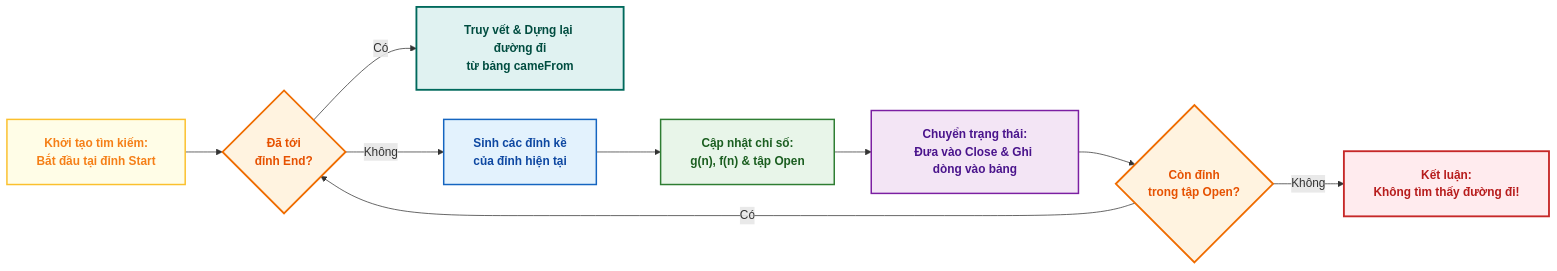
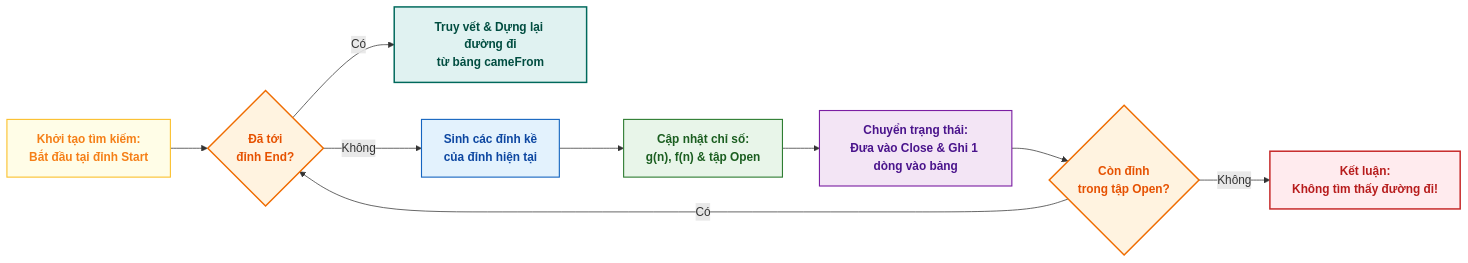
One commit to huynhthanhphong231004IT/Artificial_Intelligence_CT332 changed the third of 3 diagrams in README.md. Above: the diagram before and after it, drawn with Mermaid.

````diff
--- a/README.md
+++ b/README.md
@@ -192,48 +192,38 @@
 ```mermaid
-%%{init: {
-  "flowchart": {
-    "nodeSpacing": 40,
-    "rankSpacing": 50,
-    "padding": 20
-  },
-  "themeSettings": {
-    "fontFamily": "arial"
-  }
-}}%%
 flowchart LR
-    %% Định nghĩa phong cách màu sắc chuẩn Academic (Paper-Ready Multi-Color & Chữ lớn)
-    classDef startNode fill:#FFFDE7,stroke:#FBC02D,stroke-width:2px,color:#F57F17,font-weight:bold,font-size:16px;
-    classDef conditionNode fill:#FFF3E0,stroke:#EF6C00,stroke-width:2.5px,color:#E65100,font-weight:bold,font-size:16px;
-    classDef processNode fill:#E3F2FD,stroke:#1565C0,stroke-width:2px,color:#0D47A1,font-weight:bold,font-size:16px;
-    classDef updateNode fill:#E8F5E9,stroke:#2E7D32,stroke-width:2px,color:#1B5E20,font-weight:bold,font-size:16px;
-    classDef logNode fill:#F3E5F5,stroke:#7B1FA2,stroke-width:2px,color:#4A148C,font-weight:bold,font-size:16px;
-    classDef successNode fill:#E0F2F1,stroke:#00695C,stroke-width:2.5px,color:#004D40,font-weight:bold,font-size:16px;
-    classDef failNode fill:#FFEBEE,stroke:#C62828,stroke-width:2.5px,color:#B71C1C,font-weight:bold,font-size:16px;
+    %% Định nghĩa phong cách màu sắc chuẩn Academic (Paper-Ready Multi-Color)
+    classDef startNode fill:#FFFDE7,stroke:#FBC02D,stroke-width:1.5px,color:#F57F17,font-weight:bold;
+    classDef conditionNode fill:#FFF3E0,stroke:#EF6C00,stroke-width:2px,color:#E65100,font-weight:bold;
+    classDef processNode fill:#E3F2FD,stroke:#1565C0,stroke-width:1.5px,color:#0D47A1,font-weight:bold;
+    classDef updateNode fill:#E8F5E9,stroke:#2E7D32,stroke-width:1.5px,color:#1B5E20,font-weight:bold;
+    classDef logNode fill:#F3E5F5,stroke:#7B1FA2,stroke-width:1.5px,color:#4A148C,font-weight:bold;
+    classDef successNode fill:#E0F2F1,stroke:#00695C,stroke-width:2px,color:#004D40,font-weight:bold;
+    classDef failNode fill:#FFEBEE,stroke:#C62828,stroke-width:2px,color:#B71C1C,font-weight:bold;
 
-    %% Các nút trong sơ đồ (được tăng khoảng cách, chữ to và khung lớn hơn)
-    S["Khởi tạo tìm kiếm:<br/>Bắt đầu tại đỉnh Start"]:::startNode
-    
-    P{"Đã tới<br/>đỉnh End?"}:::conditionNode
-    
-    R["Truy vết &amp; Dựng lại đường đi<br/>từ bảng cameFrom"]:::successNode
-    Q["Sinh các đỉnh kề<br/>của đỉnh hiện tại"]:::processNode
-    
-    U["Cập nhật chỉ số:<br/>g(n), f(n) &amp; tập Open"]:::updateNode
-    V["Chuyển trạng thái:<br/>Đưa vào Close &amp; Ghi dòng vào bảng"]:::logNode
-    
-    W{"Còn đỉnh<br/>trong tập Open?"}:::conditionNode
-    X["Kết luận:<br/>Không tìm thấy đường đi!"]:::failNode
+    %% Các nút trong sơ đồ
+    S["Khởi tạo tìm kiếm:<br/>Bắt đầu tại đỉnh Start"]:::startNode
+    
+    P{"Đã tới<br/>đỉnh End?"}:::conditionNode
+    
+    R["Truy vết &amp; Dựng lại đường đi<br/>từ bảng cameFrom"]:::successNode
+    Q["Sinh các đỉnh kề<br/>của đỉnh hiện tại"]:::processNode
+    
+    U["Cập nhật chỉ số:<br/>g(n), f(n) &amp; tập Open"]:::updateNode
+    V["Chuyển trạng thái:<br/>Đưa vào Close &amp; Ghi 1 dòng vào bảng"]:::logNode
+    
+    W{"Còn đỉnh<br/>trong tập Open?"}:::conditionNode
+    X["Kết luận:<br/>Không tìm thấy đường đi!"]:::failNode
 
-    %% Luồng liên kết ngang
-    S --> P
-    
-    P -- Có --> R
-    P -- Không --> Q
-    
-    Q --> U
-    U --> V
-    V --> W
-    
-    W -- Có --> P
-    W -- Không --> X
+    %% Luồng liên kết
+    S --> P
+    
+    P -- Có --> R
+    P -- Không --> Q
+    
+    Q --> U
+    U --> V
+    V --> W
+    
+    W -- Có --> P
+    W -- Không --> X
 ```
````
